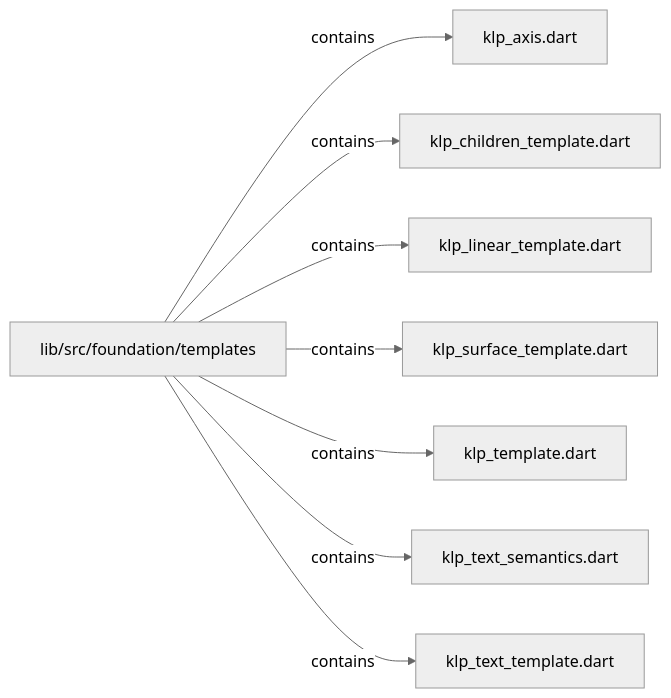
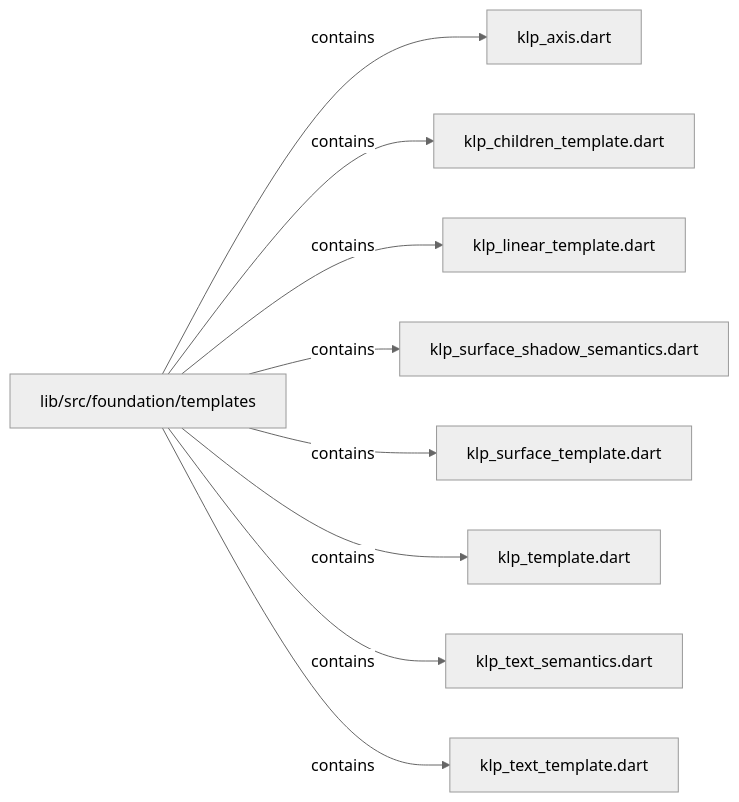
The second of 2 diagrams in docs/architecture/src/foundation/templates/README.md (MiuDog/Kallopis), drawn with Mermaid (neutral theme) before and after one commit. The commit also changed other lines of this file and 9688 other files, not shown here.

Commit message:
Prepare isolated Flow F2 peer baseline

````diff
--- a/docs/architecture/src/foundation/templates/README.md
+++ b/docs/architecture/src/foundation/templates/README.md
@@ -50,18 +52,20 @@
 ```mermaid
 flowchart LR
 	n0["lib/src/foundation/templates"]
 	n1["klp_axis.dart"]
 	n2["klp_children_template.dart"]
 	n3["klp_linear_template.dart"]
-	n4["klp_surface_template.dart"]
-	n5["klp_template.dart"]
-	n6["klp_text_semantics.dart"]
-	n7["klp_text_template.dart"]
+	n4["klp_surface_shadow_semantics.dart"]
+	n5["klp_surface_template.dart"]
+	n6["klp_template.dart"]
+	n7["klp_text_semantics.dart"]
+	n8["klp_text_template.dart"]
 	n0 -->|"contains"| n1
 	n0 -->|"contains"| n2
 	n0 -->|"contains"| n3
 	n0 -->|"contains"| n4
 	n0 -->|"contains"| n5
 	n0 -->|"contains"| n6
 	n0 -->|"contains"| n7
+	n0 -->|"contains"| n8
 ```
````
